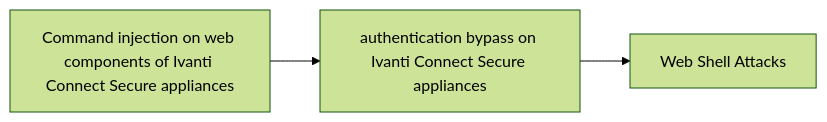
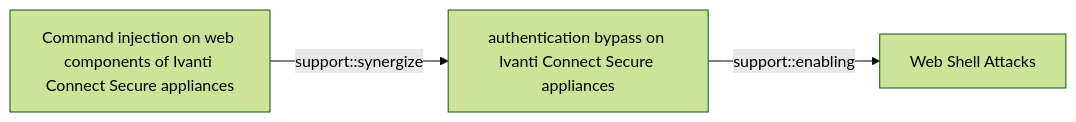
The diagram in docs/threats/command-injection-on-web-components-of-ivanti-connect-secure-appliances.md (opentidehq/library), drawn with Mermaid (forest theme) before and after one commit. The commit also changed other lines of this file and 277 other files, not shown here.

````diff
--- a/docs/threats/command-injection-on-web-components-of-ivanti-connect-secure-appliances.md
+++ b/docs/threats/command-injection-on-web-components-of-ivanti-connect-secure-appliances.md
@@ -44,8 +81,8 @@
 ```mermaid
 flowchart LR
 4b1c47ee_f45a_4b89_98e7_e943bcd5dd19["Command injection on web components of Ivanti Connect Secure appliances"]
 810057c6_cb84_41e4_add4_ae56b52c8ab7["authentication bypass on Ivanti Connect Secure appliances"]
 4d6104e3_10d4_4a12_b081_d937df848891["Web Shell Attacks"]
-4b1c47ee_f45a_4b89_98e7_e943bcd5dd19 --> 810057c6_cb84_41e4_add4_ae56b52c8ab7
-810057c6_cb84_41e4_add4_ae56b52c8ab7 --> 4d6104e3_10d4_4a12_b081_d937df848891
+4b1c47ee_f45a_4b89_98e7_e943bcd5dd19 -->|support::synergize| 810057c6_cb84_41e4_add4_ae56b52c8ab7
+810057c6_cb84_41e4_add4_ae56b52c8ab7 -->|support::enabling| 4d6104e3_10d4_4a12_b081_d937df848891
 ```
````
